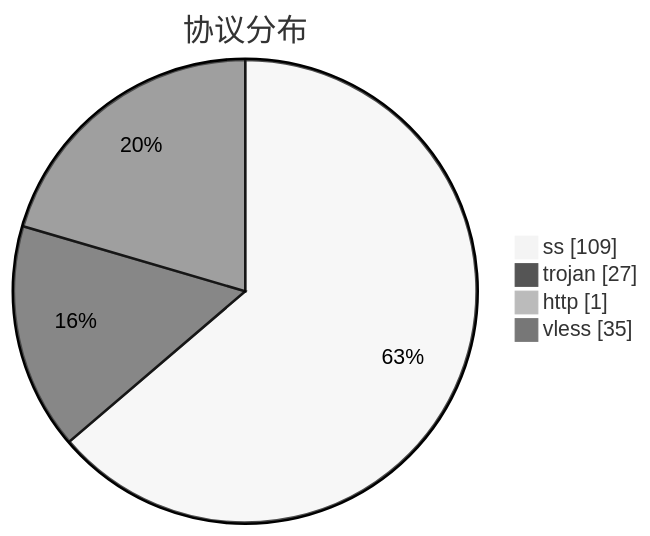
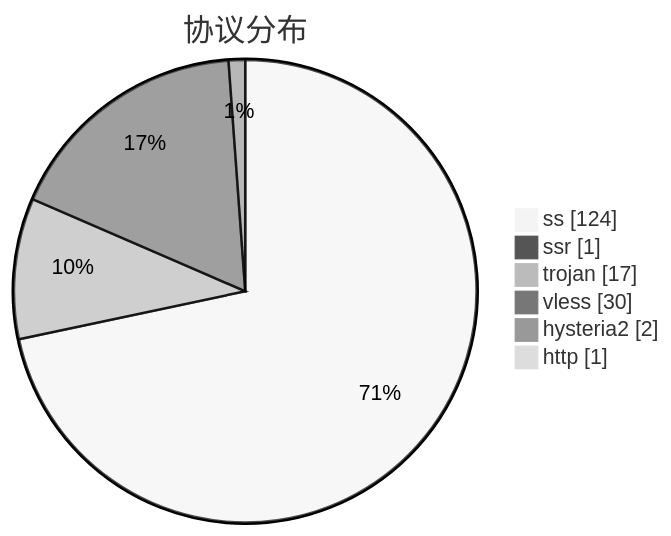
One commit to qjlxg/airport changed the third of 3 diagrams in subs/statistics/tested_within.md. Above: the diagram before and after it, drawn with Mermaid (neutral theme). The commit also changed other lines of this file and 2 other files, not shown here.

````diff
--- a/subs/statistics/tested_within.md
+++ b/subs/statistics/tested_within.md
@@ -33,8 +34,10 @@
 ```mermaid
 pie showData
 title 协议分布
-"ss" : 109
-"trojan" : 27
+"ss" : 124
+"ssr" : 1
+"trojan" : 17
+"vless" : 30
+"hysteria2" : 2
 "http" : 1
-"vless" : 35
 ```
````
